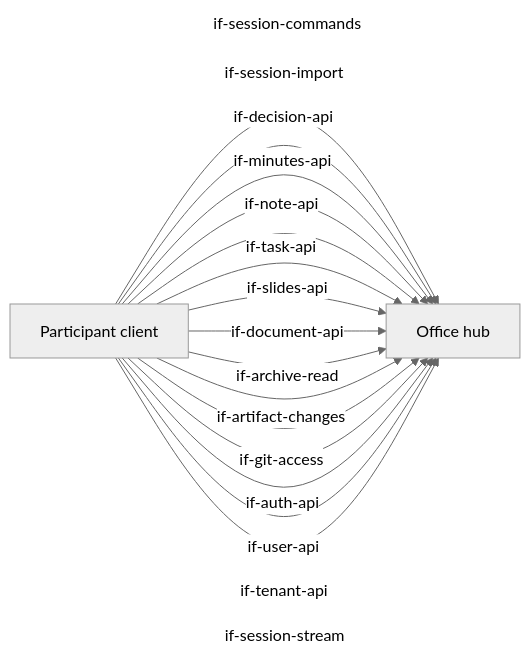
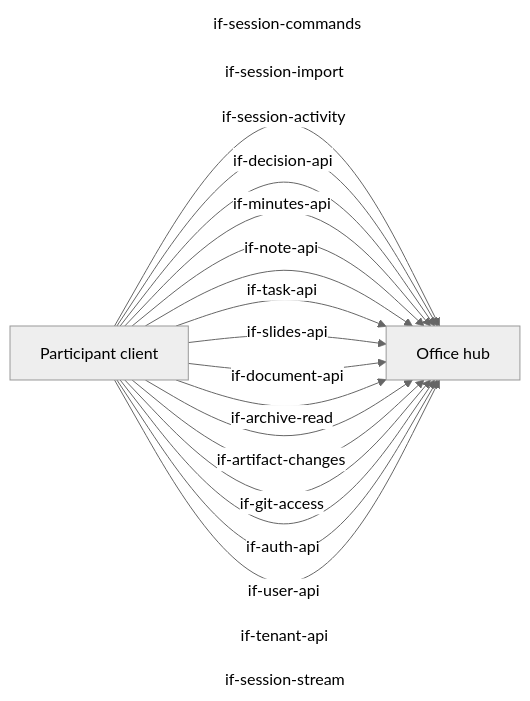
Before and after one commit to mrsimpson/agentic-office: the first of 3 diagrams in docs/architecture/05-building-blocks.arc42.md, drawn with Mermaid (neutral theme). The commit also changed other lines of this file and 29 other files, not shown here.

````diff
--- a/docs/architecture/05-building-blocks.arc42.md
+++ b/docs/architecture/05-building-blocks.arc42.md
@@ -25,20 +25,21 @@
 ```mermaid
 flowchart LR
     bb_office_hub[Office hub]
     bb_participant_client[Participant client]
     bb_participant_client -->|if-session-commands| bb_office_hub
     bb_participant_client -->|if-session-import| bb_office_hub
+    bb_participant_client -->|if-session-activity| bb_office_hub
     bb_participant_client -->|if-decision-api| bb_office_hub
     bb_participant_client -->|if-minutes-api| bb_office_hub
     bb_participant_client -->|if-note-api| bb_office_hub
     bb_participant_client -->|if-task-api| bb_office_hub
     bb_participant_client -->|if-slides-api| bb_office_hub
     bb_participant_client -->|if-document-api| bb_office_hub
     bb_participant_client -->|if-archive-read| bb_office_hub
     bb_participant_client -->|if-artifact-changes| bb_office_hub
     bb_participant_client -->|if-git-access| bb_office_hub
     bb_participant_client -->|if-auth-api| bb_office_hub
     bb_participant_client -->|if-user-api| bb_office_hub
     bb_participant_client -->|if-tenant-api| bb_office_hub
     bb_participant_client -->|if-session-stream| bb_office_hub
 ```
````
